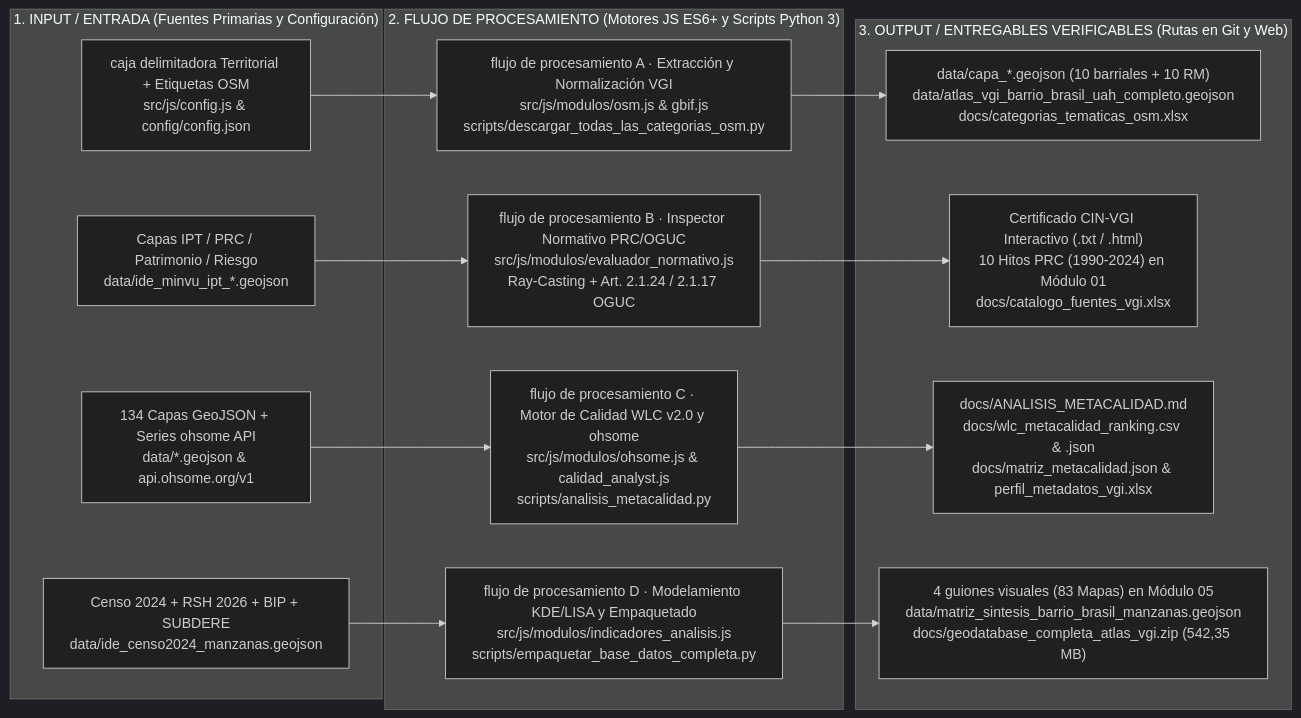
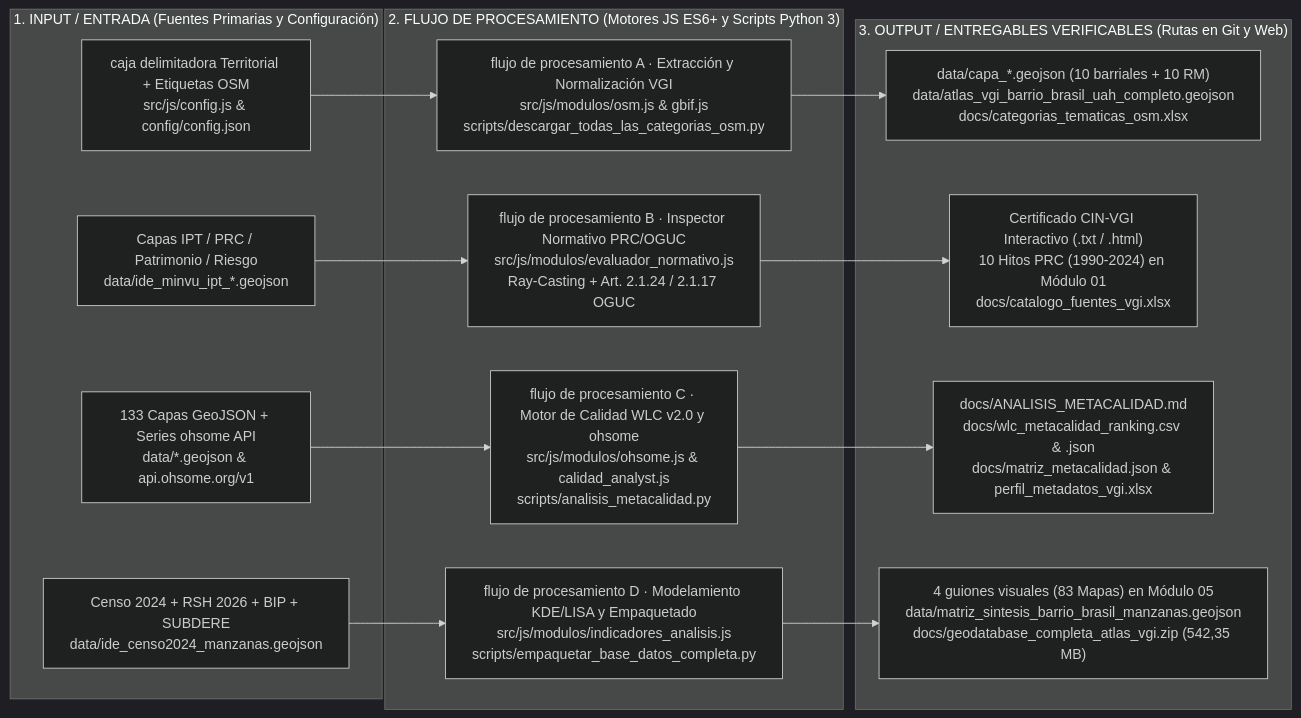
Before and after one commit to GEOJOTA/atlas-vgi-barrio-brasil: the first of 2 diagrams in README.md, drawn with Mermaid (dark theme). The commit also changed other lines of this file and 142 other files, not shown here.

````diff
--- a/README.md
+++ b/README.md
@@ -48,28 +48,28 @@
 ```mermaid
 flowchart LR
     subgraph IN["1. INPUT / ENTRADA (Fuentes Primarias y Configuración)"]
         I1["caja delimitadora Territorial + Etiquetas OSM<br/>src/js/config.js & config/config.json"]
         I2["Capas IPT / PRC / Patrimonio / Riesgo<br/>data/ide_minvu_ipt_*.geojson"]
-        I3["134 Capas GeoJSON + Series ohsome API<br/>data/*.geojson & api.ohsome.org/v1"]
+        I3["133 Capas GeoJSON + Series ohsome API<br/>data/*.geojson & api.ohsome.org/v1"]
         I4["Censo 2024 + RSH 2026 + BIP + SUBDERE<br/>data/ide_censo2024_manzanas.geojson"]
     end
 
     subgraph PROC["2. FLUJO DE PROCESAMIENTO (Motores JS ES6+ y Scripts Python 3)"]
         P1["flujo de procesamiento A · Extracción y Normalización VGI<br/>src/js/modulos/osm.js & gbif.js<br/>scripts/descargar_todas_las_categorias_osm.py"]
         P2["flujo de procesamiento B · Inspector Normativo PRC/OGUC<br/>src/js/modulos/evaluador_normativo.js<br/>Ray-Casting + Art. 2.1.24 / 2.1.17 OGUC"]
         P3["flujo de procesamiento C · Motor de Calidad WLC v2.0 y ohsome<br/>src/js/modulos/ohsome.js & calidad_analyst.js<br/>scripts/analisis_metacalidad.py"]
         P4["flujo de procesamiento D · Modelamiento KDE/LISA y Empaquetado<br/>src/js/modulos/indicadores_analisis.js<br/>scripts/empaquetar_base_datos_completa.py"]
     end
 
     subgraph OUT["3. OUTPUT / ENTREGABLES VERIFICABLES (Rutas en Git y Web)"]
         O1["data/capa_*.geojson (10 barriales + 10 RM)<br/>data/atlas_vgi_barrio_brasil_uah_completo.geojson<br/>docs/categorias_tematicas_osm.xlsx"]
         O2["Certificado CIN-VGI Interactivo (.txt / .html)<br/>10 Hitos PRC (1990-2024) en Módulo 01<br/>docs/catalogo_fuentes_vgi.xlsx"]
         O3["docs/ANALISIS_METACALIDAD.md<br/>docs/wlc_metacalidad_ranking.csv & .json<br/>docs/matriz_metacalidad.json & perfil_metadatos_vgi.xlsx"]
         O4["4 guiones visuales (83 Mapas) en Módulo 05<br/>data/matriz_sintesis_barrio_brasil_manzanas.geojson<br/>docs/geodatabase_completa_atlas_vgi.zip (542,35 MB)"]
     end
 
     I1 --> P1 --> O1
     I2 --> P2 --> O2
     I3 --> P3 --> O3
     I4 --> P4 --> O4
 ```
````
